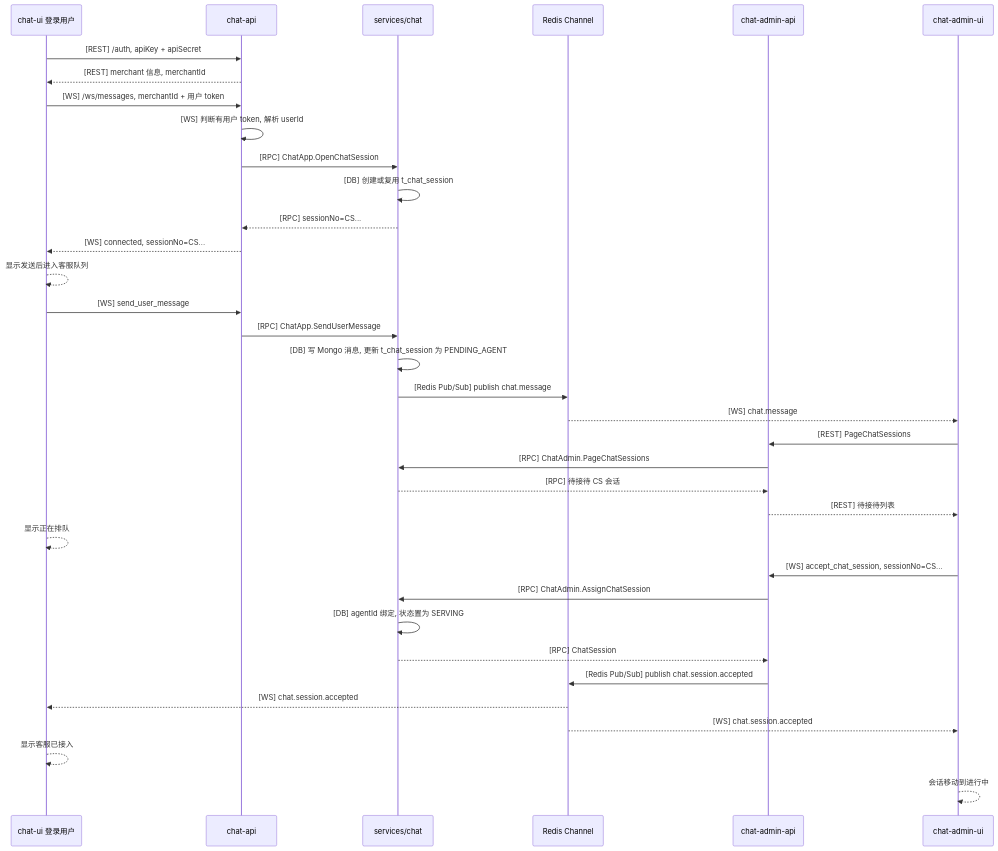
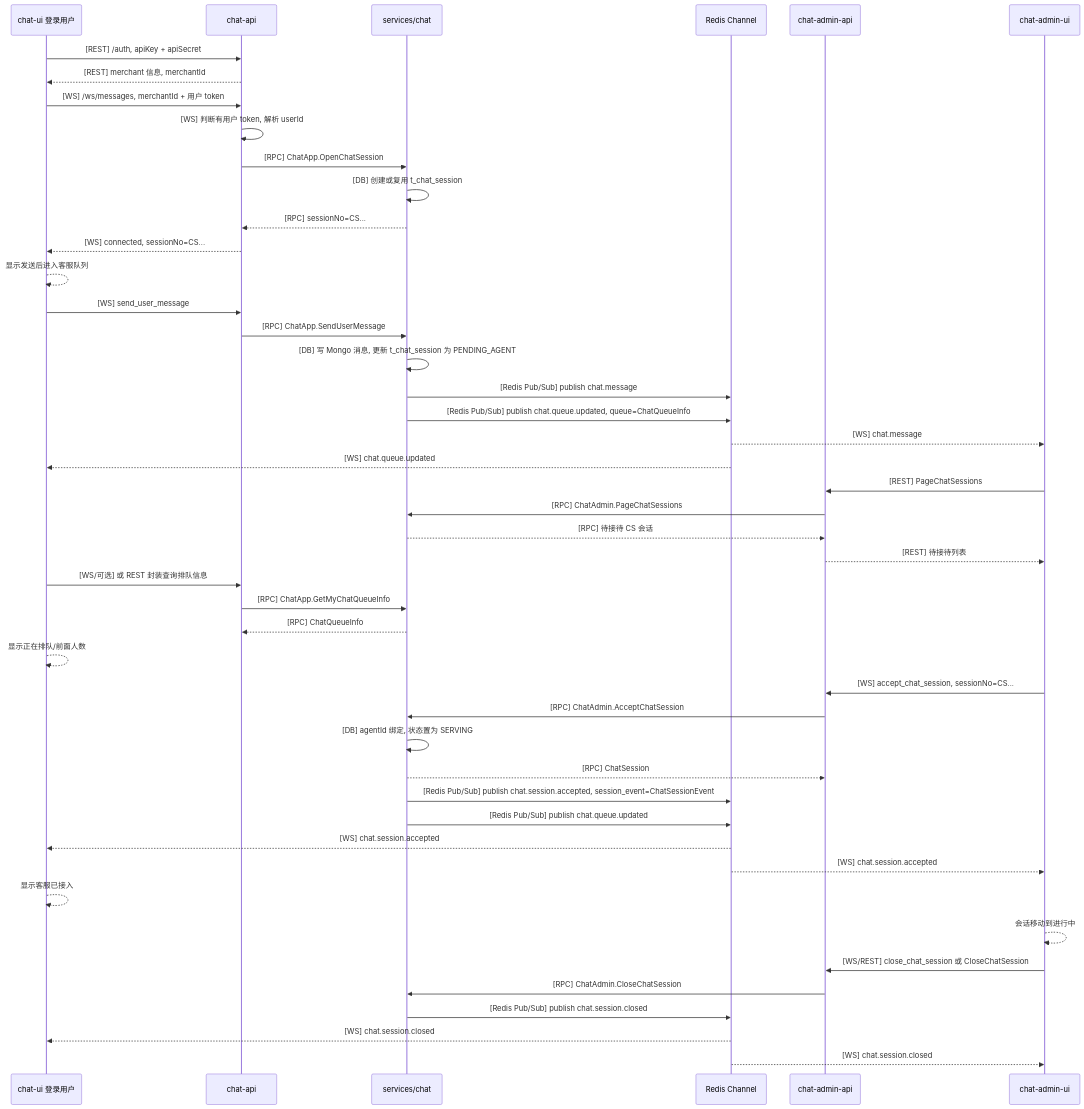
Before and after one commit to colbort/wklive: the third of 4 diagrams in services/chat/CHAT_FLOW.md, drawn with Mermaid. The commit also changed other lines of this file, not shown here.

````diff
--- a/services/chat/CHAT_FLOW.md
+++ b/services/chat/CHAT_FLOW.md
@@ -139,38 +149,49 @@
 ```mermaid
 sequenceDiagram
     participant U as chat-ui 登录用户
     participant CA as chat-api
     participant RPC as services/chat
     participant BUS as Redis Channel
     participant AA as chat-admin-api
     participant AU as chat-admin-ui
 
     U->>CA: [REST] /auth, apiKey + apiSecret
     CA-->>U: [REST] merchant 信息, merchantId
     U->>CA: [WS] /ws/messages, merchantId + 用户 token
     CA->>CA: [WS] 判断有用户 token, 解析 userId
     CA->>RPC: [RPC] ChatApp.OpenChatSession
     RPC->>RPC: [DB] 创建或复用 t_chat_session
     RPC-->>CA: [RPC] sessionNo=CS...
     CA-->>U: [WS] connected, sessionNo=CS...
     U-->>U: 显示发送后进入客服队列
     U->>CA: [WS] send_user_message
     CA->>RPC: [RPC] ChatApp.SendUserMessage
     RPC->>RPC: [DB] 写 Mongo 消息, 更新 t_chat_session 为 PENDING_AGENT
     RPC->>BUS: [Redis Pub/Sub] publish chat.message
+    RPC->>BUS: [Redis Pub/Sub] publish chat.queue.updated, queue=ChatQueueInfo
     BUS-->>AU: [WS] chat.message
+    BUS-->>U: [WS] chat.queue.updated
     AU->>AA: [REST] PageChatSessions
     AA->>RPC: [RPC] ChatAdmin.PageChatSessions
     RPC-->>AA: [RPC] 待接待 CS 会话
     AA-->>AU: [REST] 待接待列表
-    U-->>U: 显示正在排队
+    U->>CA: [WS/可选] 或 REST 封装查询排队信息
+    CA->>RPC: [RPC] ChatApp.GetMyChatQueueInfo
+    RPC-->>CA: [RPC] ChatQueueInfo
+    U-->>U: 显示正在排队/前面人数
     AU->>AA: [WS] accept_chat_session, sessionNo=CS...
-    AA->>RPC: [RPC] ChatAdmin.AssignChatSession
+    AA->>RPC: [RPC] ChatAdmin.AcceptChatSession
     RPC->>RPC: [DB] agentId 绑定, 状态置为 SERVING
     RPC-->>AA: [RPC] ChatSession
-    AA->>BUS: [Redis Pub/Sub] publish chat.session.accepted
+    RPC->>BUS: [Redis Pub/Sub] publish chat.session.accepted, session_event=ChatSessionEvent
+    RPC->>BUS: [Redis Pub/Sub] publish chat.queue.updated
     BUS-->>U: [WS] chat.session.accepted
     BUS-->>AU: [WS] chat.session.accepted
     U-->>U: 显示客服已接入
     AU-->>AU: 会话移动到进行中
+    AU->>AA: [WS/REST] close_chat_session 或 CloseChatSession
+    AA->>RPC: [RPC] ChatAdmin.CloseChatSession
+    RPC->>BUS: [Redis Pub/Sub] publish chat.session.closed
+    BUS-->>U: [WS] chat.session.closed
+    BUS-->>AU: [WS] chat.session.closed
 ```
````
